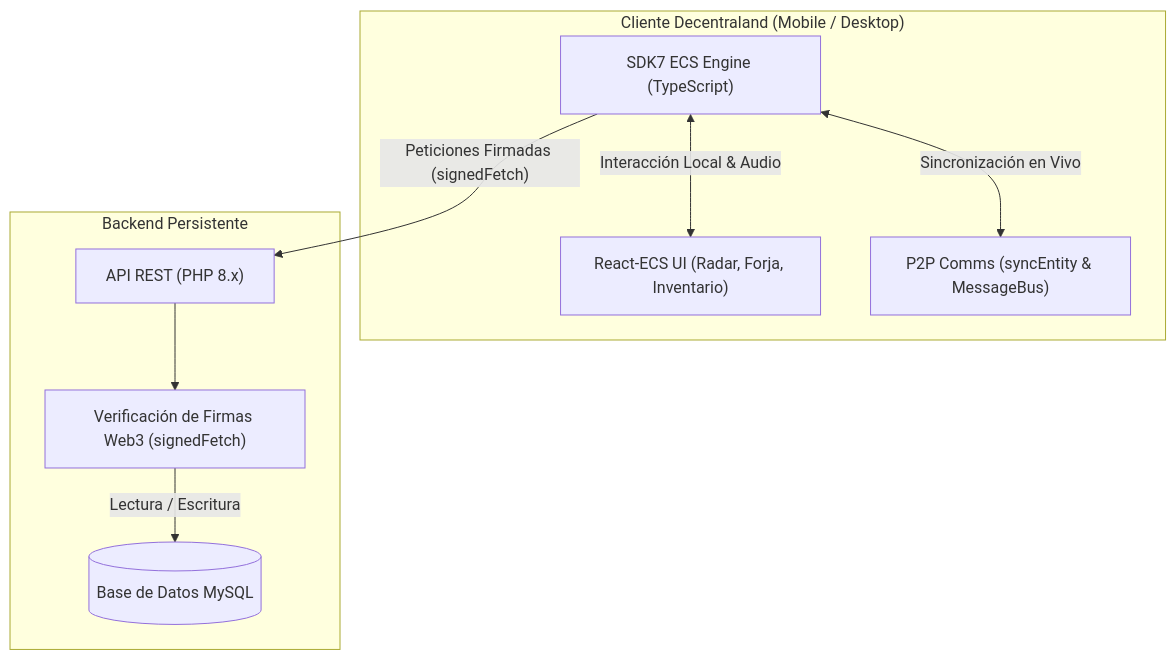
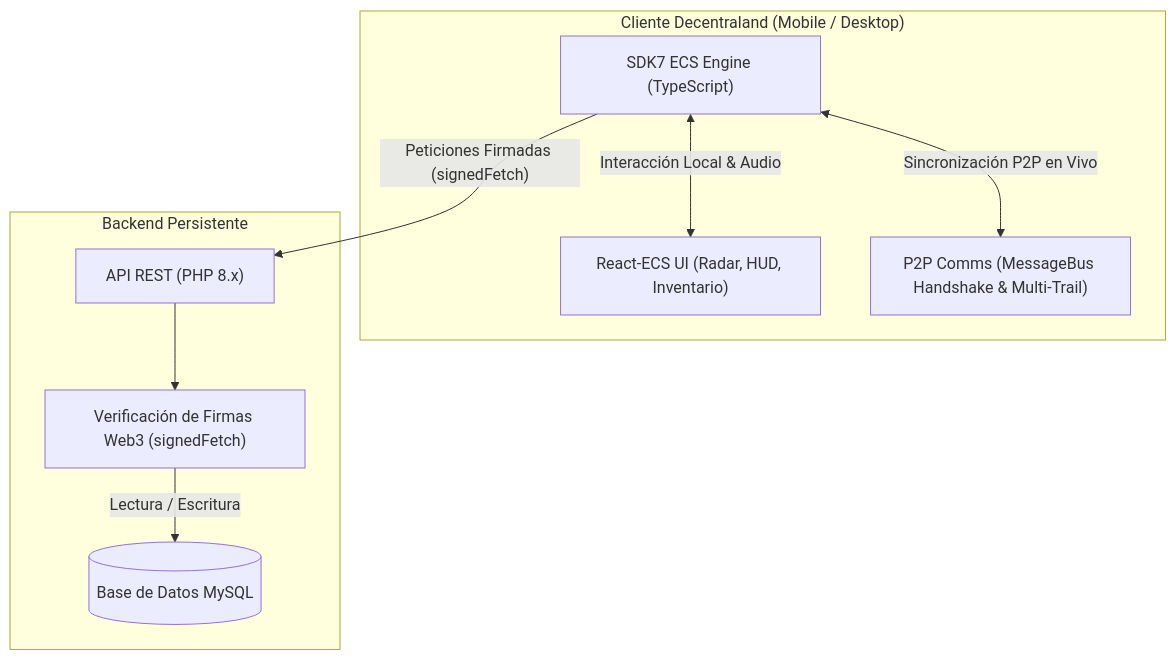
One commit to cjbaezilla/Hackathon-Decentraland-Golems-World changed the third of 3 diagrams in README.md. Above: the diagram before and after it, drawn with Mermaid. The commit also changed other lines of this file and 9 other files, not shown here.

````diff
--- a/README.md
+++ b/README.md
@@ -245,20 +247,20 @@
 ```mermaid
 graph TD
     subgraph Cliente_Decentraland["Cliente Decentraland (Mobile / Desktop)"]
         ECS["SDK7 ECS Engine (TypeScript)"]
-        UI["React-ECS UI (Radar, Forja, Inventario)"]
-        Multi["P2P Comms (syncEntity & MessageBus)"]
+        UI["React-ECS UI (Radar, HUD, Inventario)"]
+        Multi["P2P Comms (MessageBus Handshake & Multi-Trail)"]
     end
 
     subgraph Backend_Persistente["Backend Persistente"]
         API["API REST (PHP 8.x)"]
         AUTH["Verificación de Firmas Web3 (signedFetch)"]
         DB[(Base de Datos MySQL)]
     end
 
     ECS <-->|"Interacción Local & Audio"| UI
-    ECS <-->|"Sincronización en Vivo"| Multi
+    ECS <-->|"Sincronización P2P en Vivo"| Multi
     ECS -->|"Peticiones Firmadas (signedFetch)"| API
     API --> AUTH
     AUTH -->|"Lectura / Escritura"| DB
 ```
````
